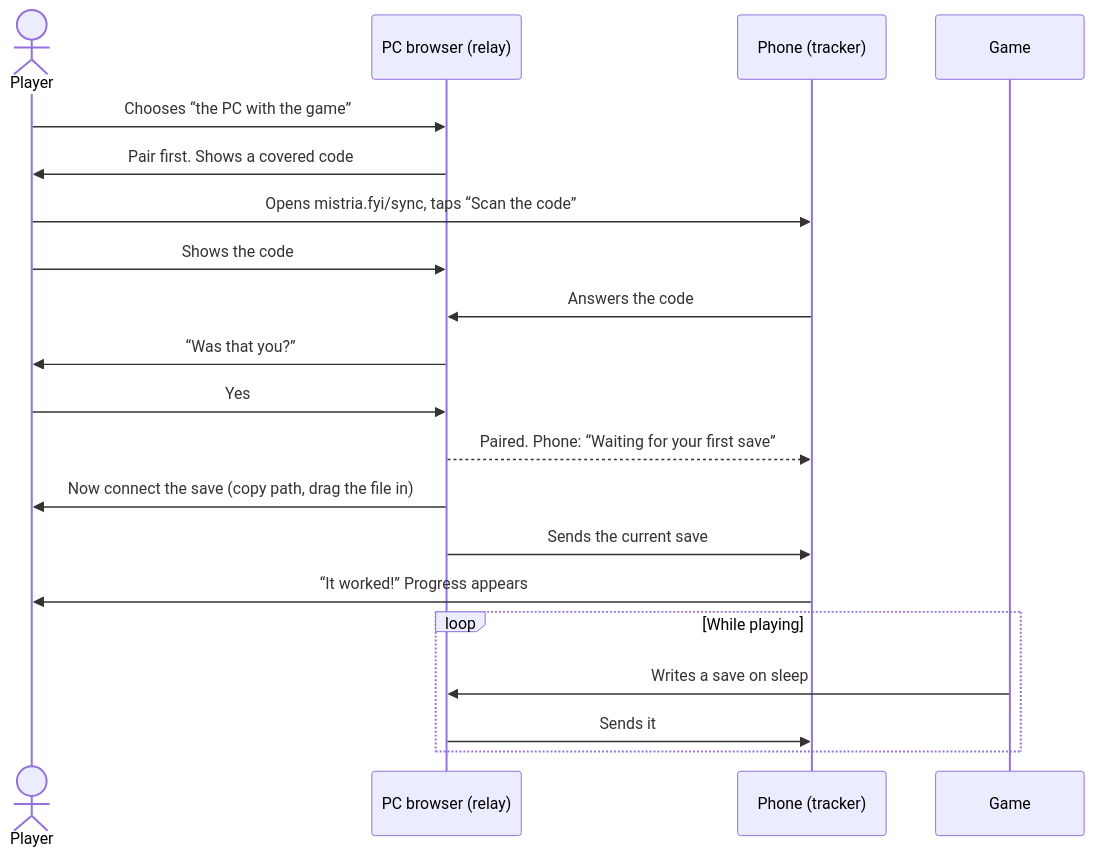
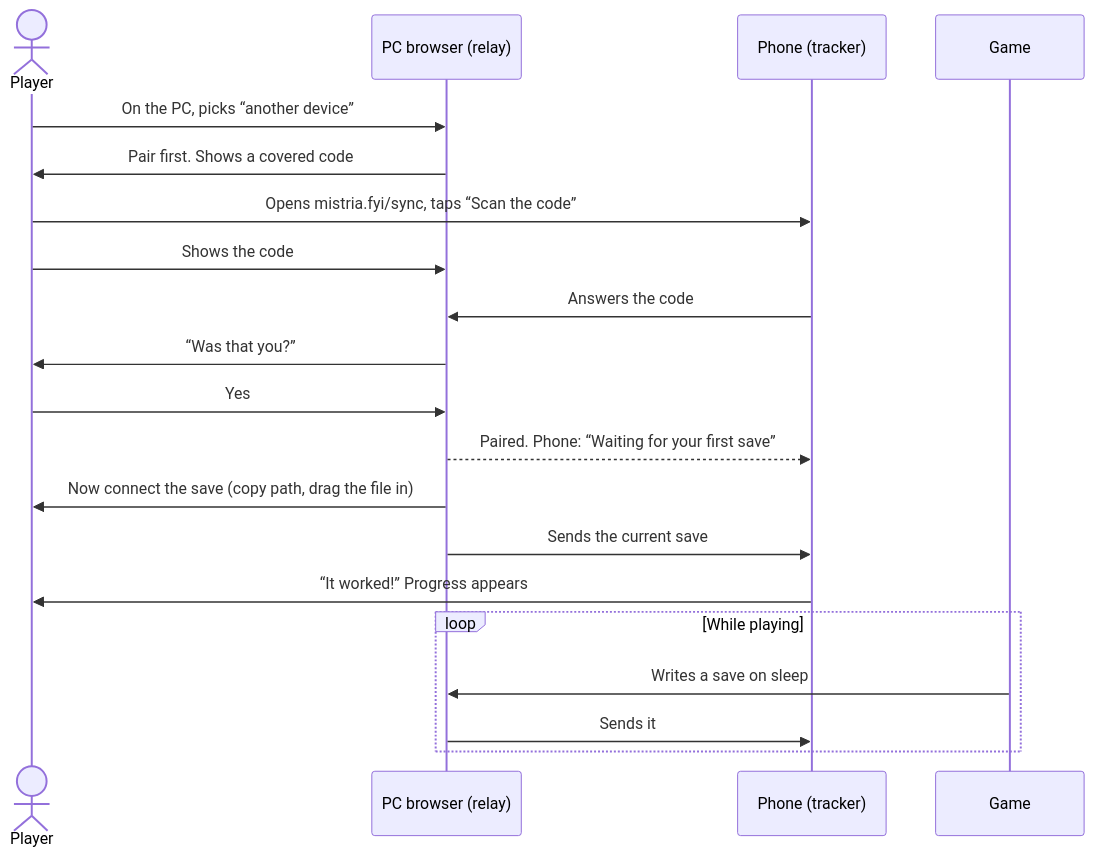
Before and after one commit to mrh-is/mistria-fyi: the second of 2 diagrams in docs/sync-setup.md, drawn with Mermaid. The commit also changed other lines of this file, not shown here.

````diff
--- a/docs/sync-setup.md
+++ b/docs/sync-setup.md
@@ -80,23 +107,23 @@
 ```mermaid
 sequenceDiagram
     actor P as Player
     participant R as PC browser (relay)
     participant T as Phone (tracker)
     participant G as Game
 
-    P->>R: Chooses “the PC with the game”
+    P->>R: On the PC, picks “another device”
     R->>P: Pair first. Shows a covered code
     P->>T: Opens mistria.fyi/sync, taps “Scan the code”
     P->>R: Shows the code
     T->>R: Answers the code
     R->>P: “Was that you?”
     P->>R: Yes
     R-->>T: Paired. Phone: “Waiting for your first save”
     R->>P: Now connect the save (copy path, drag the file in)
     R->>T: Sends the current save
     T->>P: “It worked!” Progress appears
     loop While playing
         G->>R: Writes a save on sleep
         R->>T: Sends it
     end
 ```
````
